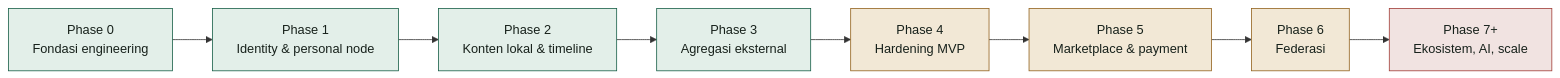
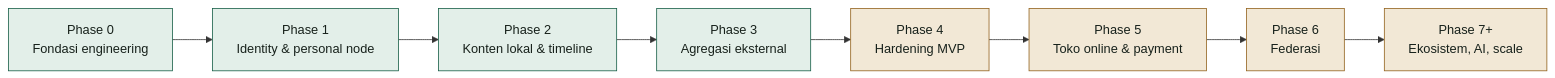
Before and after one commit to kukuhtw/fpdp: the first of 2 diagrams in documentation/PROGRESS-REPORT.id.md, drawn with Mermaid. The commit also changed other lines of this file and 9 other files, not shown here.

First line of the commit message:
Update progress report and roadmap documentation to reflect changes in payment and marketplace phases

````diff
--- a/documentation/PROGRESS-REPORT.id.md
+++ b/documentation/PROGRESS-REPORT.id.md
@@ -66,17 +23,16 @@
 ```mermaid
 flowchart LR
     P0["Phase 0<br/>Fondasi engineering"] --> P1["Phase 1<br/>Identity & personal node"]
     P1 --> P2["Phase 2<br/>Konten lokal & timeline"]
     P2 --> P3["Phase 3<br/>Agregasi eksternal"]
     P3 --> P4["Phase 4<br/>Hardening MVP"]
-    P4 --> P5["Phase 5<br/>Marketplace & payment"]
+    P4 --> P5["Phase 5<br/>Toko online & payment"]
     P5 --> P6["Phase 6<br/>Federasi"]
     P6 --> P7["Phase 7+<br/>Ekosistem, AI, scale"]
 
     classDef done fill:#e3efe9,stroke:#185f48,color:#17211b;
     classDef partial fill:#f2e8d6,stroke:#93631e,color:#17211b;
     classDef planned fill:#f1e3e1,stroke:#a13d37,color:#17211b;
     class P0,P1,P2,P3 done;
-    class P4,P5,P6 partial;
-    class P7 planned;
+    class P4,P5,P6,P7 partial;
 ```
````
